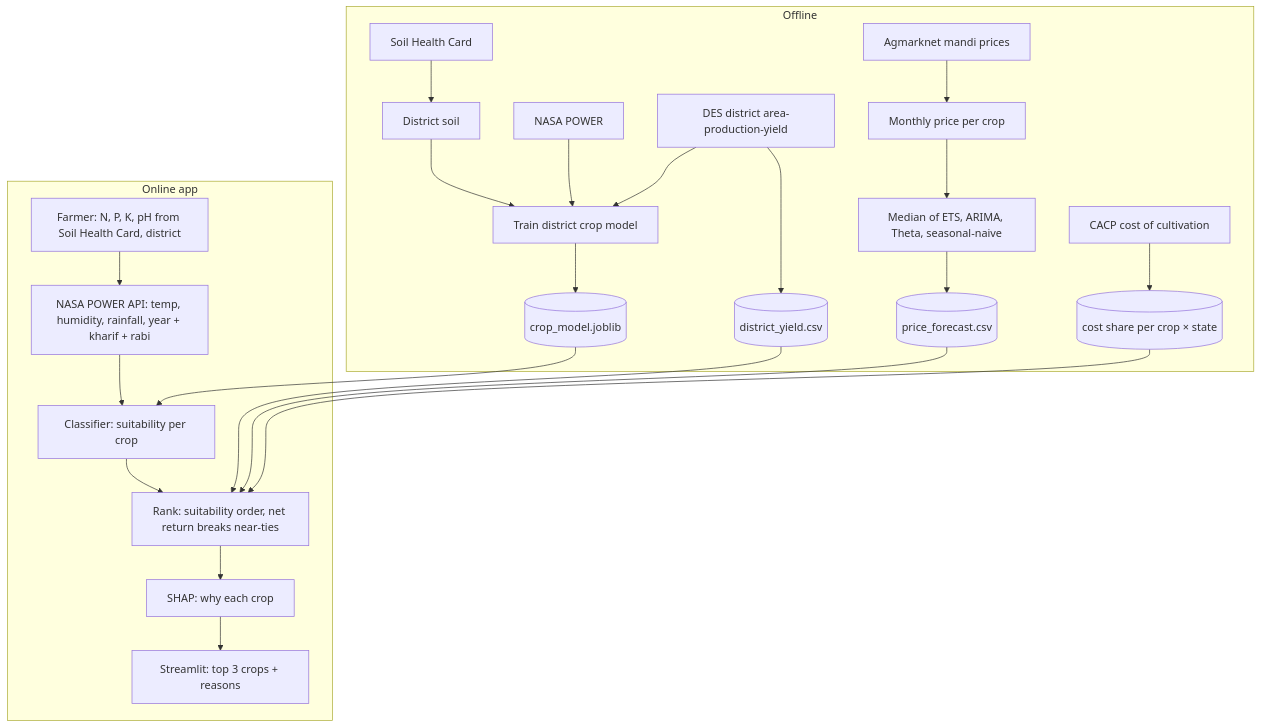
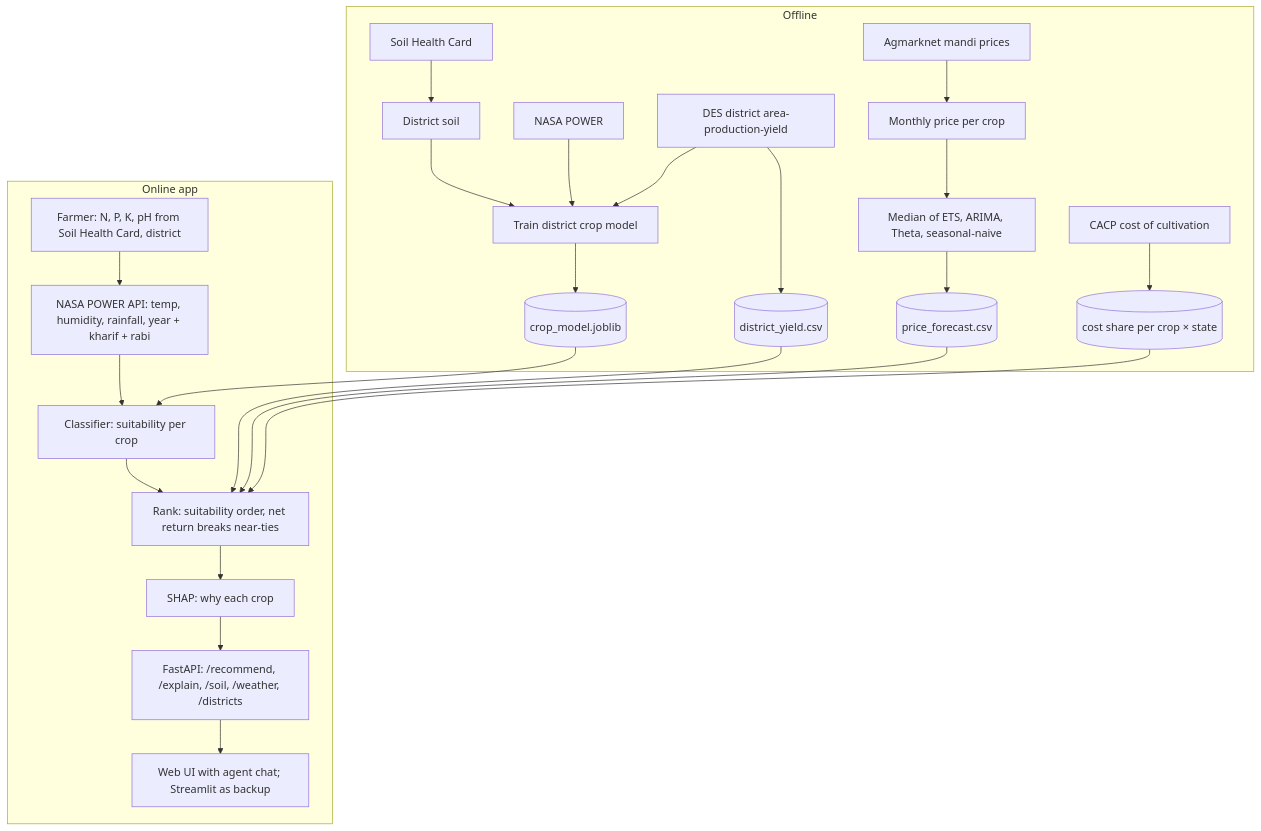
Before and after one commit to Ankush610/cropwise: the diagram in docs/architecture.md, drawn with Mermaid. The commit also changed other lines of this file and 6 other files, not shown here.

First line of the commit message:
FastAPI backend over recommend.py

````diff
--- a/docs/architecture.md
+++ b/docs/architecture.md
@@ -10,23 +10,24 @@
 ```mermaid
 flowchart TD
   subgraph Offline
     SH[Soil Health Card] --> DS[District soil] --> CM[Train district crop model]
     NP[NASA POWER] --> CM
     I --> CM
     CM --> M1[(crop_model.joblib)]
     P[Agmarknet mandi prices] --> C2[Monthly price per crop] --> PM[Median of ETS, ARIMA, Theta, seasonal-naive] --> F[(price_forecast.csv)]
     I[DES district area-production-yield] --> Y[(district_yield.csv)]
     CC[CACP cost of cultivation] --> CS[(cost share per crop × state)]
   end
   subgraph Online app
     U[Farmer: N, P, K, pH from Soil Health Card, district] --> W[NASA POWER API: temp, humidity, rainfall, year + kharif + rabi]
     W --> PR[Classifier: suitability per crop]
     M1 --> PR
     PR --> R[Rank: suitability order, net return breaks near-ties]
     Y --> R
     F --> R
     CS --> R
     R --> S[SHAP: why each crop]
-    S --> OUT[Streamlit: top 3 crops + reasons]
+    S --> API[FastAPI: /recommend, /explain, /soil, /weather, /districts]
+    API --> OUT[Web UI with agent chat; Streamlit as backup]
   end
 ```
````
